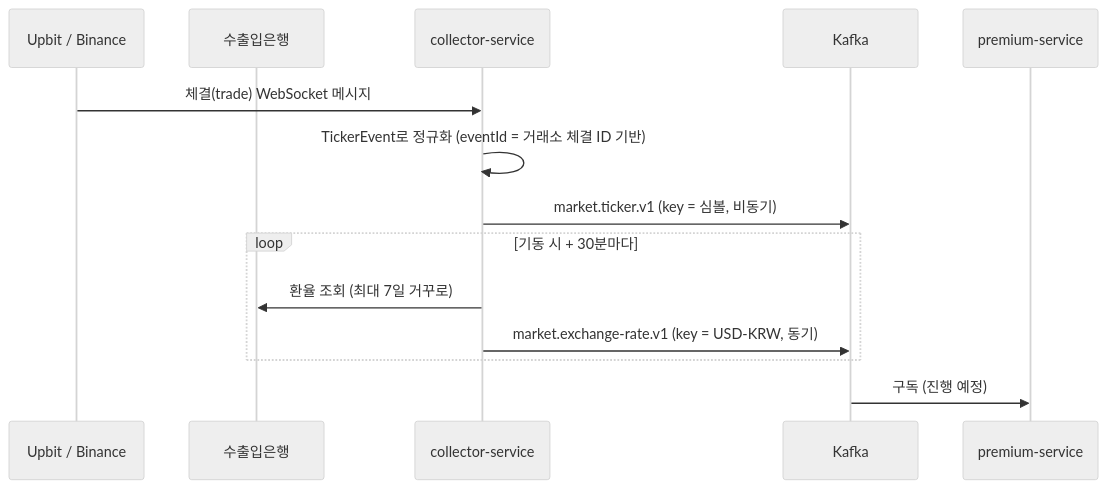
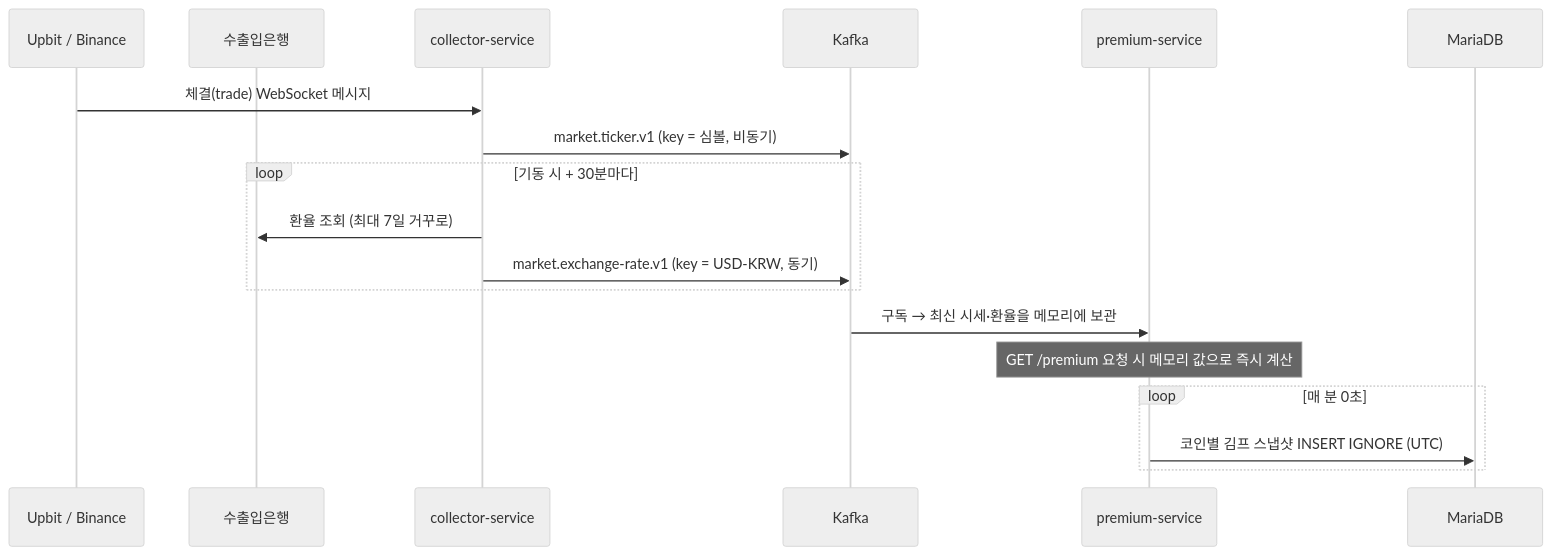
Before and after one commit to imuniring/coin-premium: the diagram in docs/architecture/overview.md, drawn with Mermaid (neutral theme). The commit also changed other lines of this file and 16 other files, not shown here.

````diff
--- a/docs/architecture/overview.md
+++ b/docs/architecture/overview.md
@@ -15,17 +15,21 @@
 ```mermaid
 sequenceDiagram
     participant UP as Upbit / Binance
     participant EX as 수출입은행
     participant COL as collector-service
     participant K as Kafka
     participant PRE as premium-service
+    participant DB as MariaDB
 
     UP->>COL: 체결(trade) WebSocket 메시지
-    COL->>COL: TickerEvent로 정규화 (eventId = 거래소 체결 ID 기반)
     COL->>K: market.ticker.v1 (key = 심볼, 비동기)
     loop 기동 시 + 30분마다
         COL->>EX: 환율 조회 (최대 7일 거꾸로)
         COL->>K: market.exchange-rate.v1 (key = USD-KRW, 동기)
     end
-    K->>PRE: 구독 (진행 예정)
+    K->>PRE: 구독 → 최신 시세·환율을 메모리에 보관
+    Note over PRE: GET /premium 요청 시 메모리 값으로 즉시 계산
+    loop 매 분 0초
+        PRE->>DB: 코인별 김프 스냅샷 INSERT IGNORE (UTC)
+    end
 ```
````
